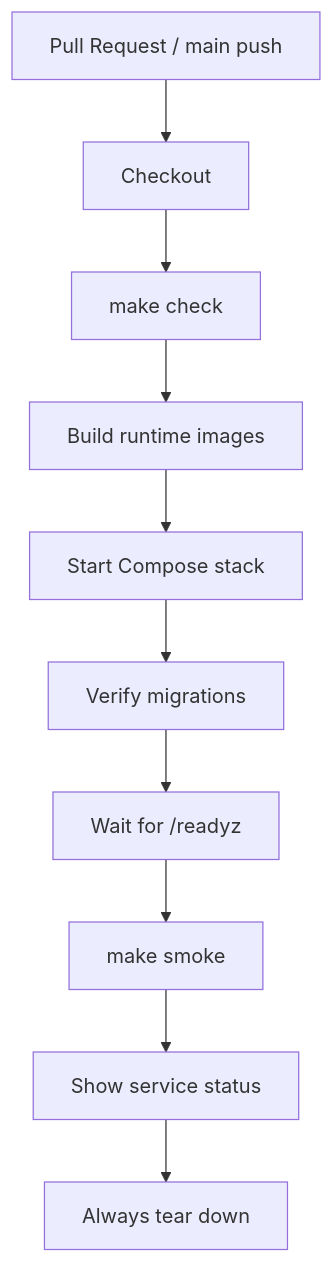
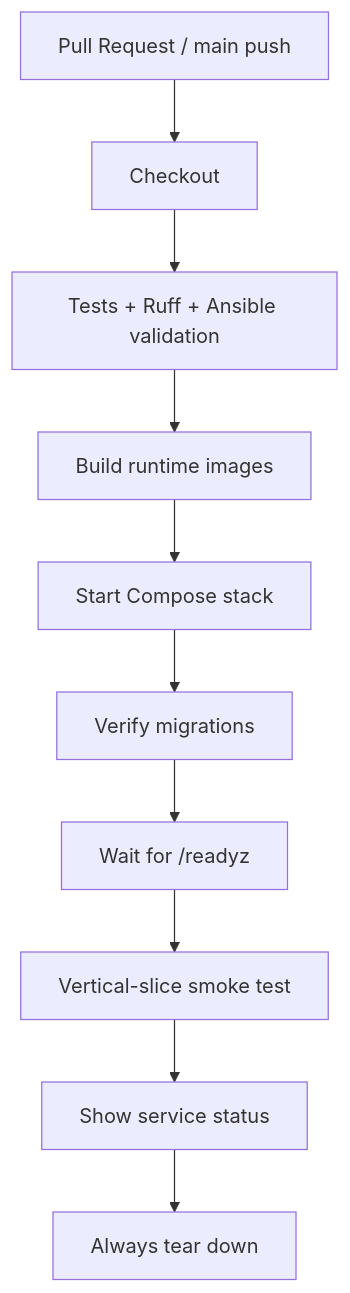
Before and after one commit to Robotonist/devops-sre-project-sample: the third of 3 diagrams in docs/architecture.md, drawn with Mermaid. The commit also changed other lines of this file and 3 other files, not shown here.

````diff
--- a/docs/architecture.md
+++ b/docs/architecture.md
@@ -262,12 +394,12 @@
 ```mermaid
 flowchart TD
     PR[Pull Request / main push] --> Checkout[Checkout]
-    Checkout --> Check[make check]
+    Checkout --> Check[Tests + Ruff + Ansible validation]
     Check --> Build[Build runtime images]
     Build --> Up[Start Compose stack]
     Up --> Migrate[Verify migrations]
     Migrate --> Ready[Wait for /readyz]
-    Ready --> Smoke[make smoke]
+    Ready --> Smoke[Vertical-slice smoke test]
     Smoke --> Status[Show service status]
     Status --> Down[Always tear down]
 ```
````
